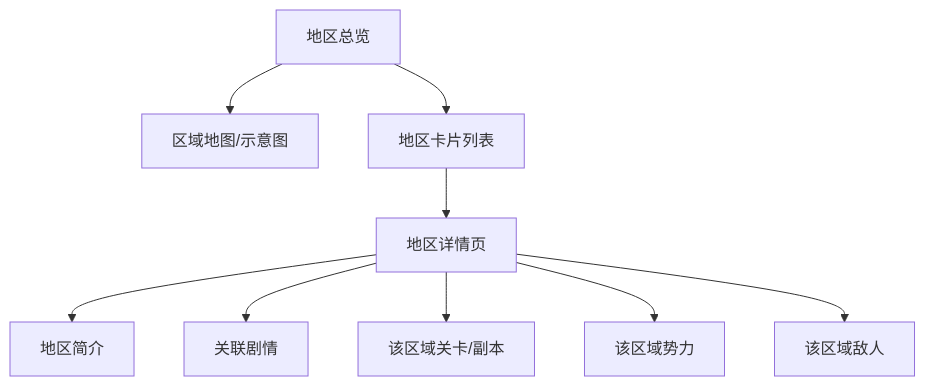
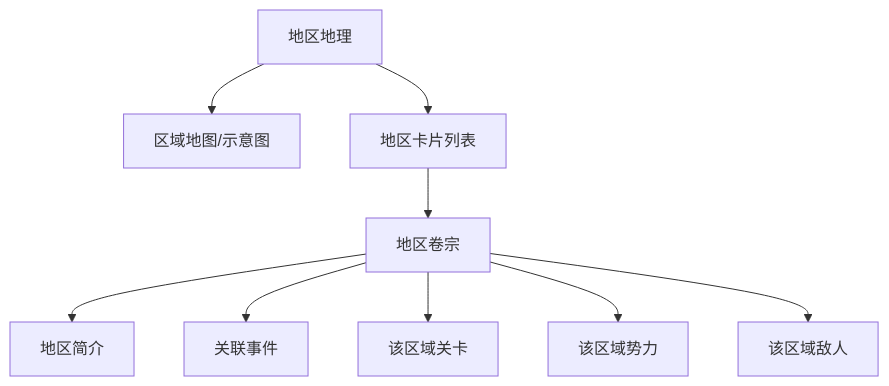
One commit to Deliay/hongshan-archives-bureau changed the diagram in docs/product/06-geography.md. Above: the diagram before and after it, drawn with Mermaid. The commit also changed other lines of this file and 11 other files, not shown here.

````diff
--- a/docs/product/06-geography.md
+++ b/docs/product/06-geography.md
@@ -29,11 +29,11 @@
 ```mermaid
 flowchart TD
-    A[地区总览] --> B[区域地图/示意图]
+    A[地区地理] --> B[区域地图/示意图]
     A --> C[地区卡片列表]
-    C --> D[地区详情页]
+    C --> D[地区卷宗]
     D --> E[地区简介]
-    D --> F[关联剧情]
-    D --> G[该区域关卡/副本]
+    D --> F[关联事件]
+    D --> G[该区域关卡]
     D --> H[该区域势力]
     D --> I[该区域敌人]
 ```
````
